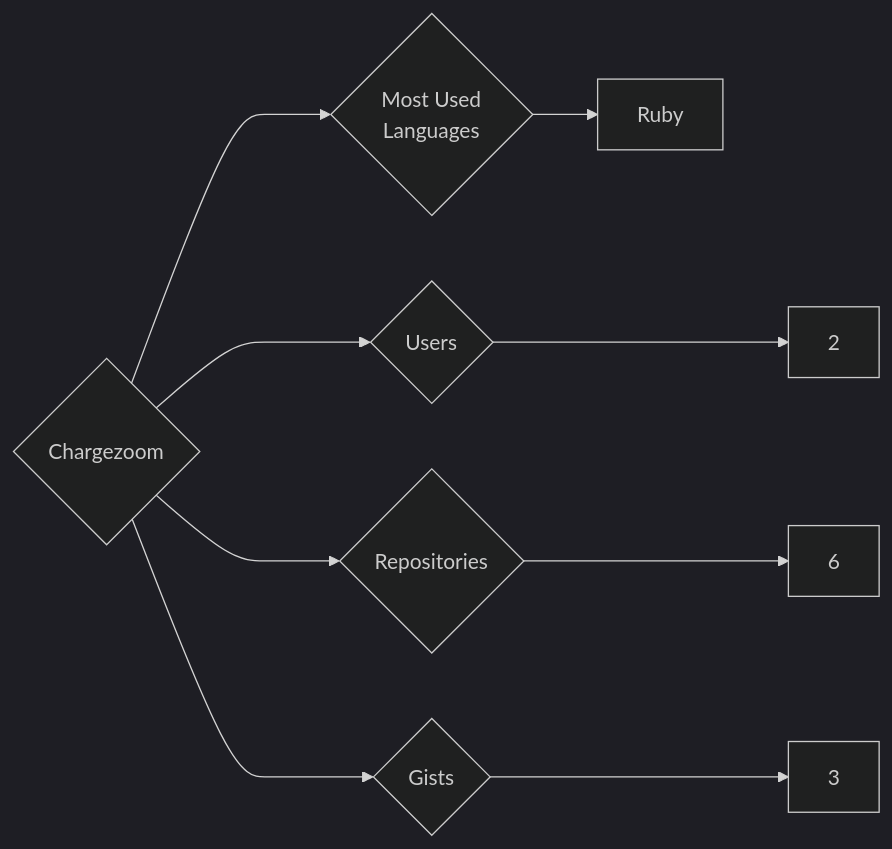
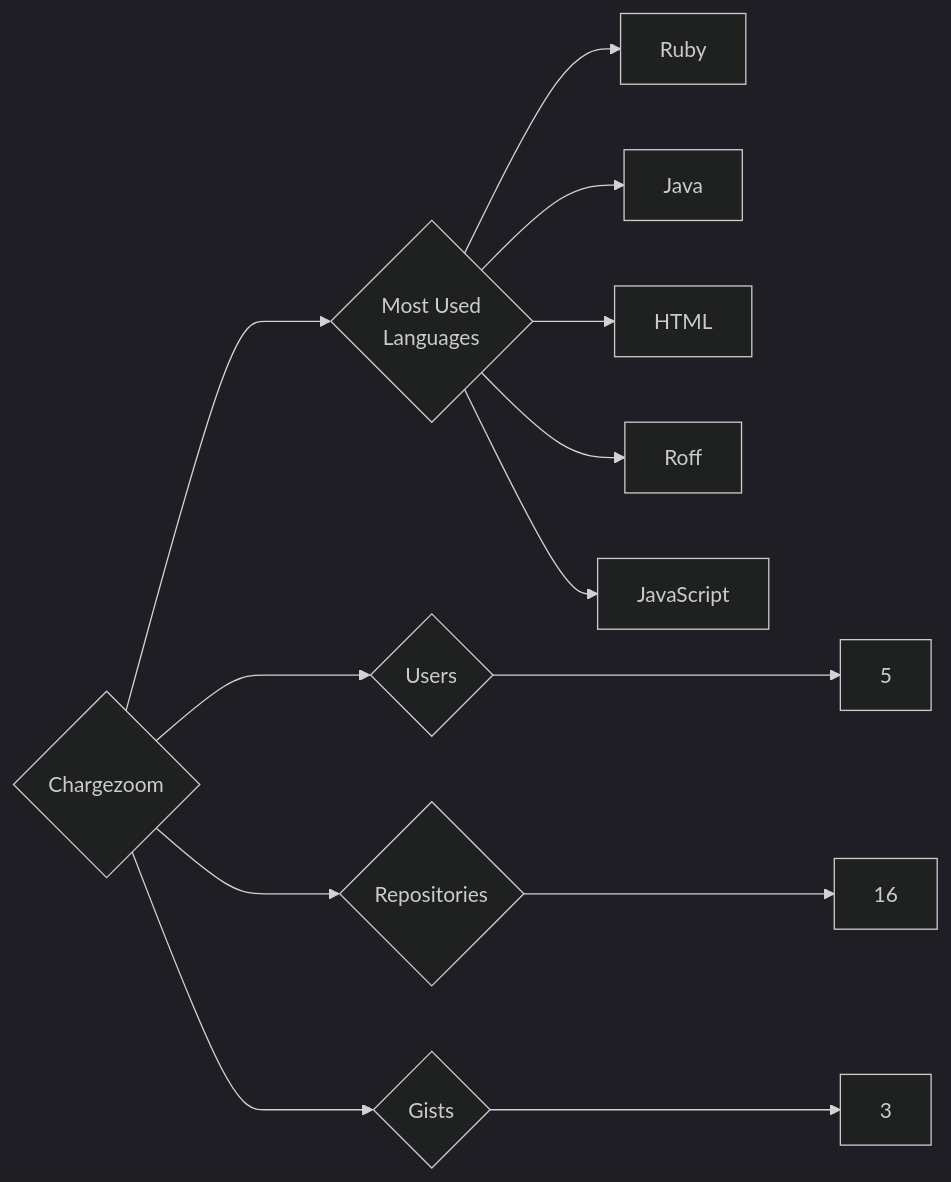
The diagram in targets/Chargezoom/README.md (trickest/insiders), drawn with Mermaid (dark theme) before and after one commit. The commit also changed 1120 other files, not shown here.

````diff
--- a/targets/Chargezoom/README.md
+++ b/targets/Chargezoom/README.md
@@ -3,9 +3,13 @@
 ```mermaid
 graph LR
 COMPANY_NAME{Chargezoom}
-COMPANY_NAME ---> U{Users} ---> UN[2]
-COMPANY_NAME ---> R{Repositories} ---> RN[6]
+COMPANY_NAME ---> U{Users} ---> UN[5]
+COMPANY_NAME ---> R{Repositories} ---> RN[16]
 COMPANY_NAME ---> G{Gists} ---> GN[3]
 COMPANY_NAME ---> ML{Most Used<br>Languages}
 ML --> Ruby[Ruby]
+ML --> Java[Java]
+ML --> HTML[HTML]
+ML --> Roff[Roff]
+ML --> JavaScript[JavaScript]
 ```
````
